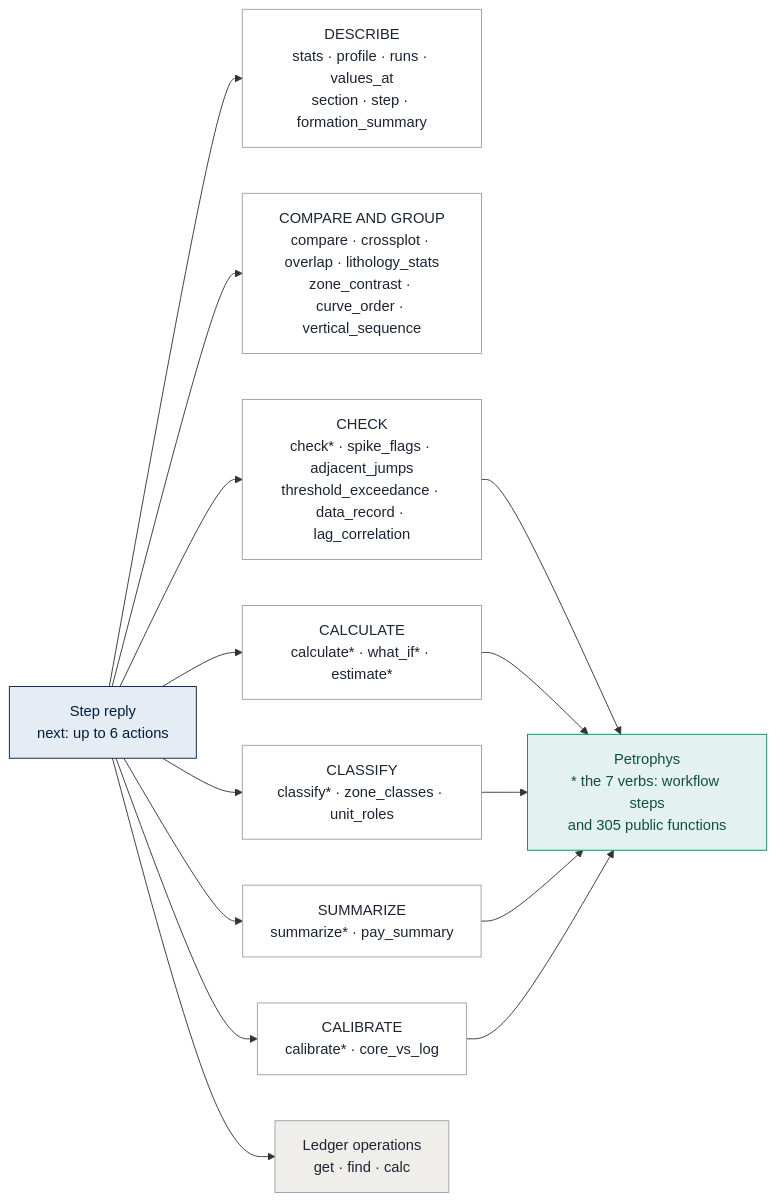
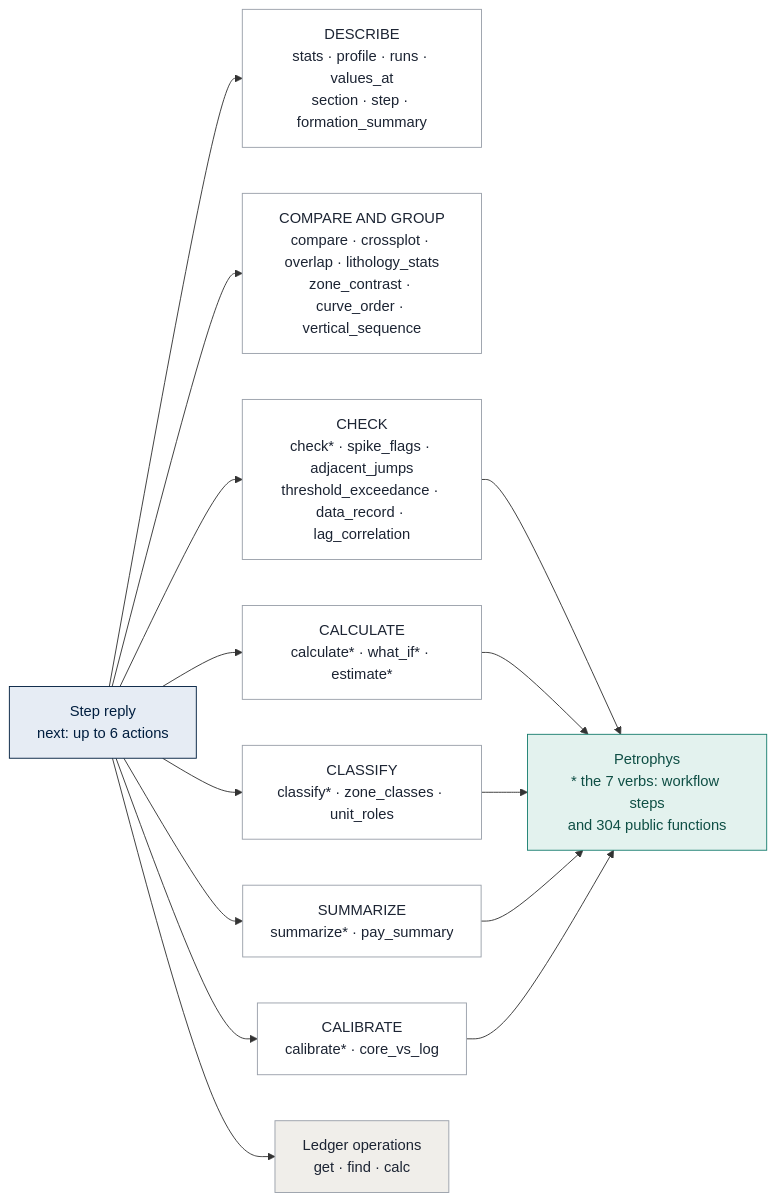
Before and after one commit to sambalshikhar/PetroHarness: the first of 2 diagrams in docs/reference/TOOLS_REFERENCE.md, drawn with Mermaid. The commit also changed other lines of this file and 248 other files, not shown here.

````diff
--- a/docs/reference/TOOLS_REFERENCE.md
+++ b/docs/reference/TOOLS_REFERENCE.md
@@ -14,18 +16,18 @@
 ```mermaid
 flowchart LR
     reply["Step reply<br/>next: up to 6 actions"]:::model
     reply --> D["DESCRIBE<br/>stats · profile · runs · values_at<br/>section · step · formation_summary"]:::code
     reply --> C["COMPARE AND GROUP<br/>compare · crossplot · overlap · lithology_stats<br/>zone_contrast · curve_order · vertical_sequence"]:::code
     reply --> K["CHECK<br/>check* · spike_flags · adjacent_jumps<br/>threshold_exceedance · data_record · lag_correlation"]:::code
     reply --> A["CALCULATE<br/>calculate* · what_if* · estimate*"]:::code
     reply --> L["CLASSIFY<br/>classify* · zone_classes · unit_roles"]:::code
     reply --> S["SUMMARIZE<br/>summarize* · pay_summary"]:::code
     reply --> B["CALIBRATE<br/>calibrate* · core_vs_log"]:::code
     reply --> O["Ledger operations<br/>get · find · calc"]:::record
-    K & A & L & S & B --> PP["Petrophys<br/>* the 7 verbs: workflow steps<br/>and 305 public functions"]:::petrophys
+    K & A & L & S & B --> PP["Petrophys<br/>* the 7 verbs: workflow steps<br/>and 304 public functions"]:::petrophys
 
     classDef model fill:#e6ecf4,stroke:#011e3f,color:#011e3f
     classDef code fill:#ffffff,stroke:#9aa0aa,color:#1c2433
     classDef record fill:#f0eeea,stroke:#9aa0aa,color:#1c2433
     classDef petrophys fill:#e3f2ee,stroke:#197e6f,color:#0f4f45
 ```
````
